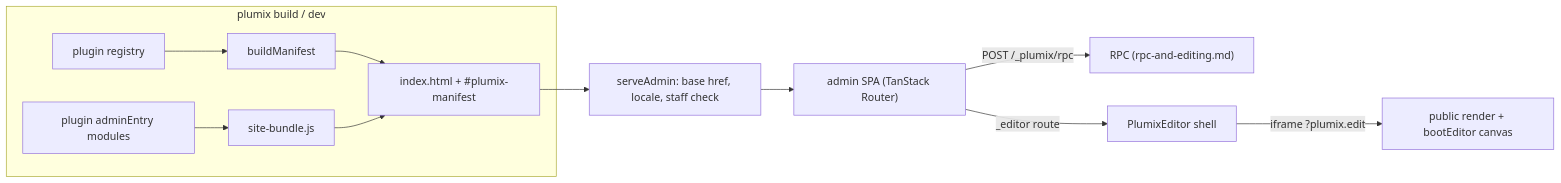
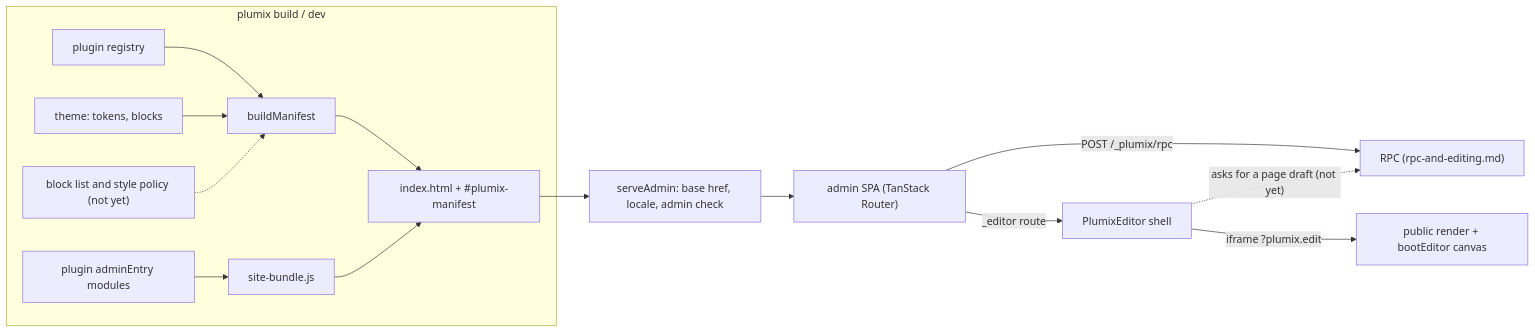
The diagram in docs/architecture/admin-and-editor.md (withplumix/plumix), drawn with Mermaid before and after one commit. The commit also changed other lines of this file and 21 other files, not shown here.

````diff
--- a/docs/architecture/admin-and-editor.md
+++ b/docs/architecture/admin-and-editor.md
@@ -7,14 +7,17 @@
 ```mermaid
 flowchart LR
   subgraph build["plumix build / dev"]
     REG["plugin registry"] --> BM["buildManifest"]
+    TH["theme: tokens, blocks"] --> BM
+    POL["block list and style policy (not yet)"] -.-> BM
     BM --> HTML["index.html + #plumix-manifest"]
     AE["plugin adminEntry modules"] --> SB["site-bundle.js"]
     SB --> HTML
   end
-  HTML --> SA["serveAdmin: base href, locale, staff check"]
+  HTML --> SA["serveAdmin: base href, locale, admin check"]
   SA --> SPA["admin SPA (TanStack Router)"]
   SPA -- "POST /_plumix/rpc" --> RPC["RPC (rpc-and-editing.md)"]
   SPA -- "_editor route" --> ES["PlumixEditor shell"]
   ES -- "iframe ?plumix.edit" --> CV["public render + bootEditor canvas"]
+  ES -. "asks for a page draft (not yet)" .-> RPC
 ```
````
